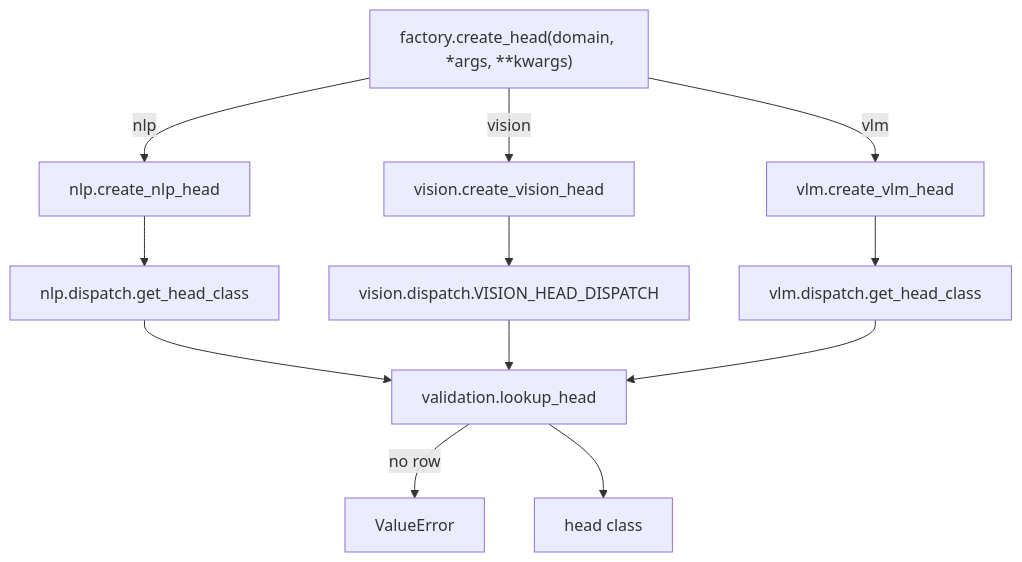
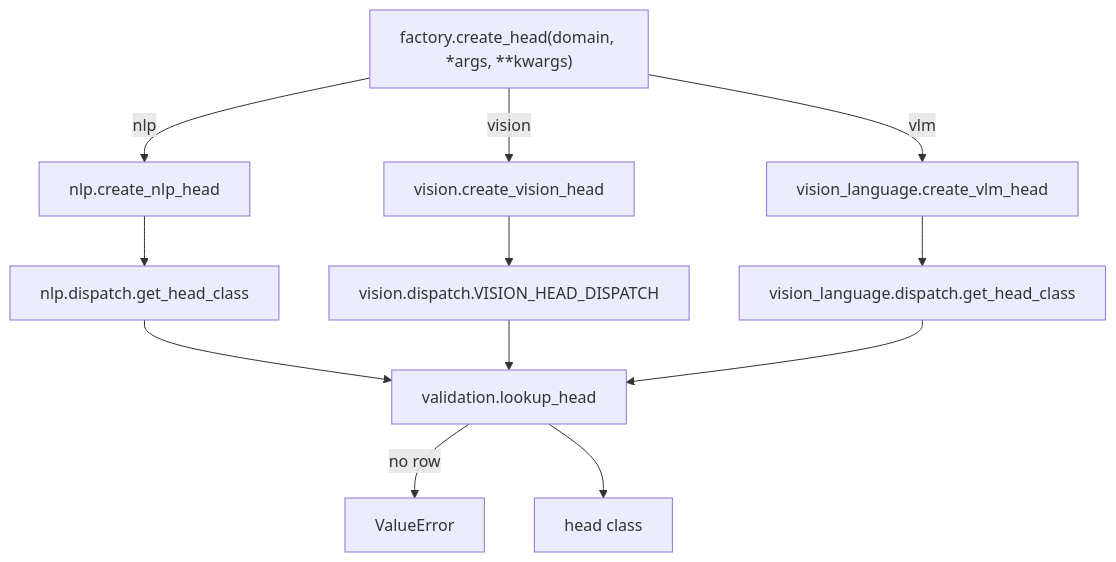
Before and after one commit to NikolasMarkou/dl_techniques: the diagram in src/dl_techniques/layers/heads/AGENTS.md, drawn with Mermaid. The commit also changed other lines of this file and 51 other files, not shown here.

First line of the commit message:
heads: rename the vlm package to vision_language

````diff
--- a/src/dl_techniques/layers/heads/AGENTS.md
+++ b/src/dl_techniques/layers/heads/AGENTS.md
@@ -16,14 +16,14 @@
 ```mermaid
 flowchart TD
     CH["factory.create_head(domain, *args, **kwargs)"] -->|nlp| NF[nlp.create_nlp_head]
     CH -->|vision| VF[vision.create_vision_head]
-    CH -->|vlm| LF[vlm.create_vlm_head]
+    CH -->|vlm| LF[vision_language.create_vlm_head]
     NF --> ND["nlp.dispatch.get_head_class"]
     VF --> VD["vision.dispatch.VISION_HEAD_DISPATCH"]
-    LF --> LD["vlm.dispatch.get_head_class"]
+    LF --> LD["vision_language.dispatch.get_head_class"]
     ND --> LH["validation.lookup_head"]
     VD --> LH
     LD --> LH
     LH -->|no row| ERR[ValueError]
     LH --> HEAD[head class]
 ```
````
